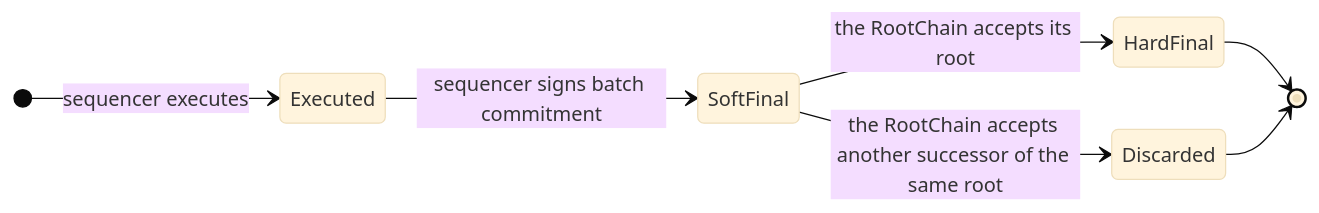
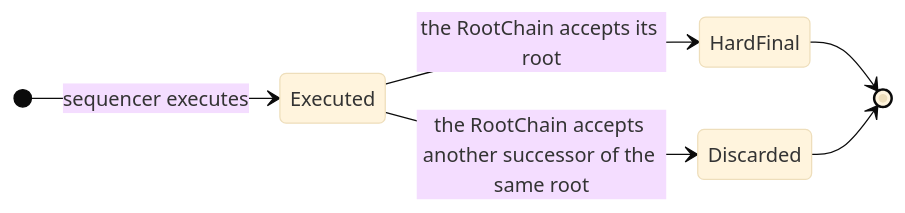
The second of 2 diagrams in system-design.md (AFDudley/metalex-on-armada), drawn with Mermaid (base theme) before and after one commit. The commit also changed other lines of this file and 3 other files, not shown here.

````diff
--- a/system-design.md
+++ b/system-design.md
@@ -155,10 +154,9 @@
 ```mermaid
 stateDiagram-v2
  direction LR
  [*] --> Executed: sequencer executes
- Executed --> SoftFinal: sequencer signs batch commitment
- SoftFinal --> HardFinal: the RootChain accepts its root
- SoftFinal --> Discarded: the RootChain accepts another successor of the same root
+ Executed --> HardFinal: the RootChain accepts its root
+ Executed --> Discarded: the RootChain accepts another successor of the same root
  HardFinal --> [*]
  Discarded --> [*]
 ```
````
